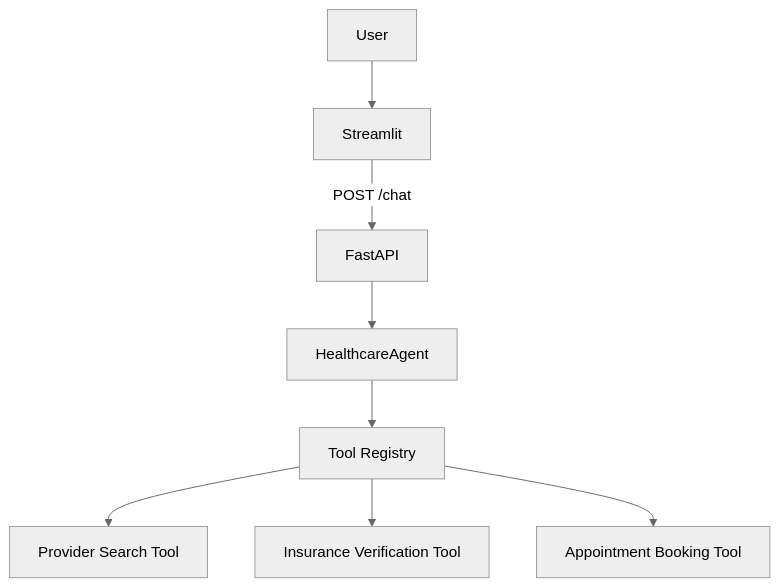
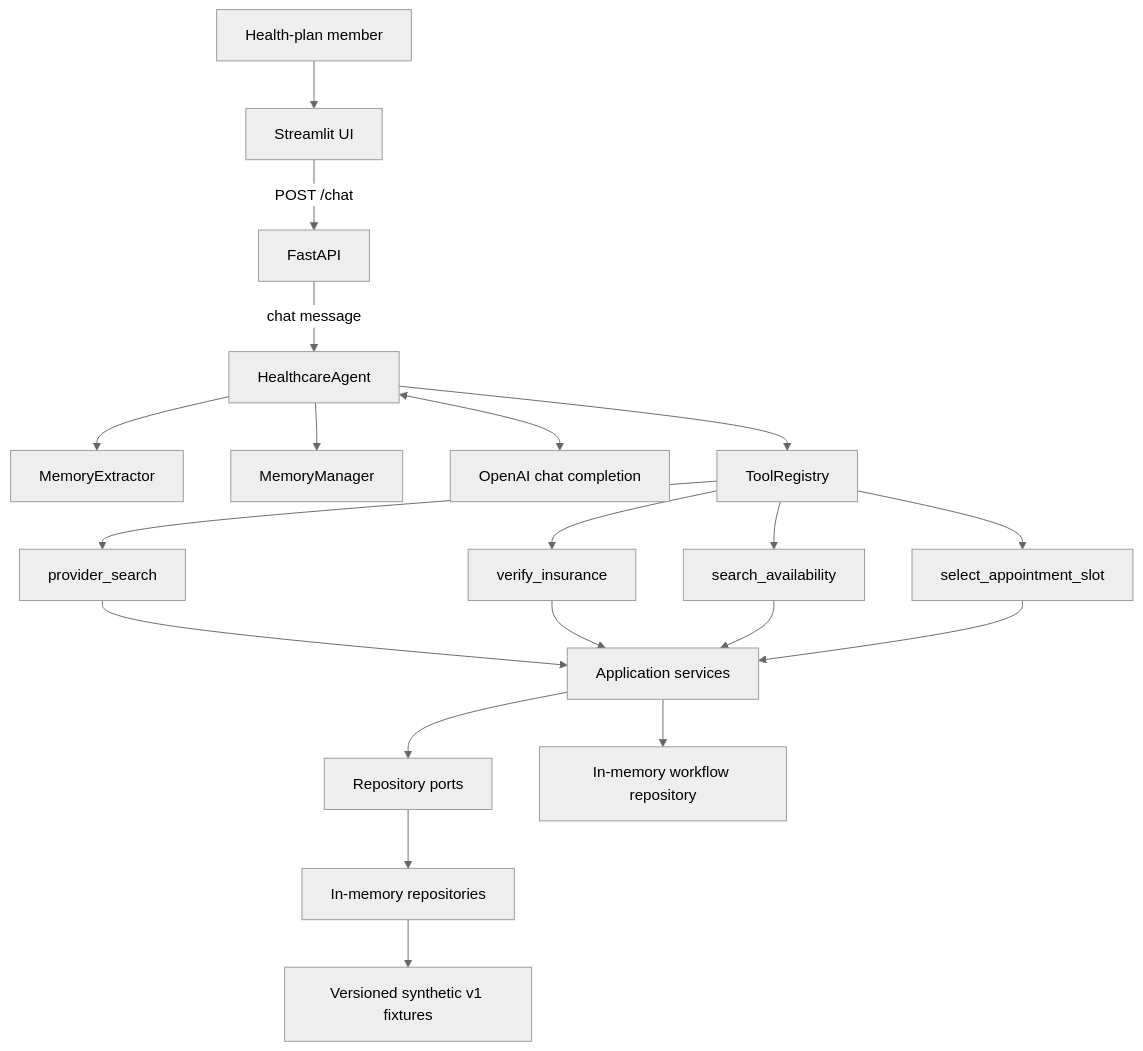
Before and after one commit to deepakkancherla/healthcare-ai-agent: the first of 3 diagrams in docs/architecture.md, drawn with Mermaid (neutral theme). The commit also changed other lines of this file, not shown here.

Commit message:
Document current application architecture

````diff
--- a/docs/architecture.md
+++ b/docs/architecture.md
@@ -10,10 +59,27 @@
 ```mermaid
 flowchart TD
-    User[User] --> Streamlit[Streamlit]
-    Streamlit -->|POST /chat| FastAPI[FastAPI]
-    FastAPI --> HealthcareAgent[HealthcareAgent]
-    HealthcareAgent --> ToolRegistry[Tool Registry]
-    ToolRegistry --> ProviderSearch[Provider Search Tool]
-    ToolRegistry --> Insurance[Insurance Verification Tool]
-    ToolRegistry --> Appointment[Appointment Booking Tool]
+    Member[Health-plan member] --> UI[Streamlit UI]
+    UI -->|POST /chat| API[FastAPI]
+    API -->|chat message| Agent[HealthcareAgent]
+
+    Agent --> MemoryExtractor[MemoryExtractor]
+    Agent --> MemoryManager[MemoryManager]
+    Agent <--> LLM[OpenAI chat completion]
+    Agent --> Registry[ToolRegistry]
+
+    Registry --> ProviderTool[provider_search]
+    Registry --> NetworkTool[verify_insurance]
+    Registry --> AvailabilityTool[search_availability]
+    Registry --> SelectionTool[select_appointment_slot]
+
+    ProviderTool --> Services[Application services]
+    NetworkTool --> Services
+    AvailabilityTool --> Services
+    SelectionTool --> Services
+
+    Services --> Ports[Repository ports]
+    Ports --> Repositories[In-memory repositories]
+    Repositories --> Fixtures[Versioned synthetic v1 fixtures]
+
+    Services --> WorkflowRepo[In-memory workflow repository]
 ```
````
